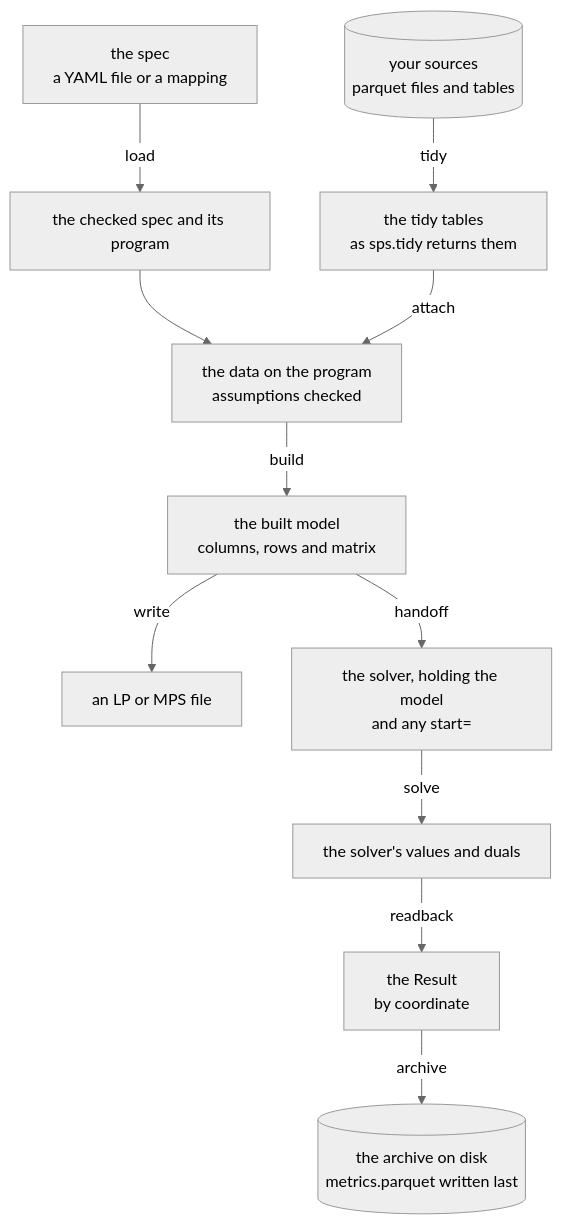
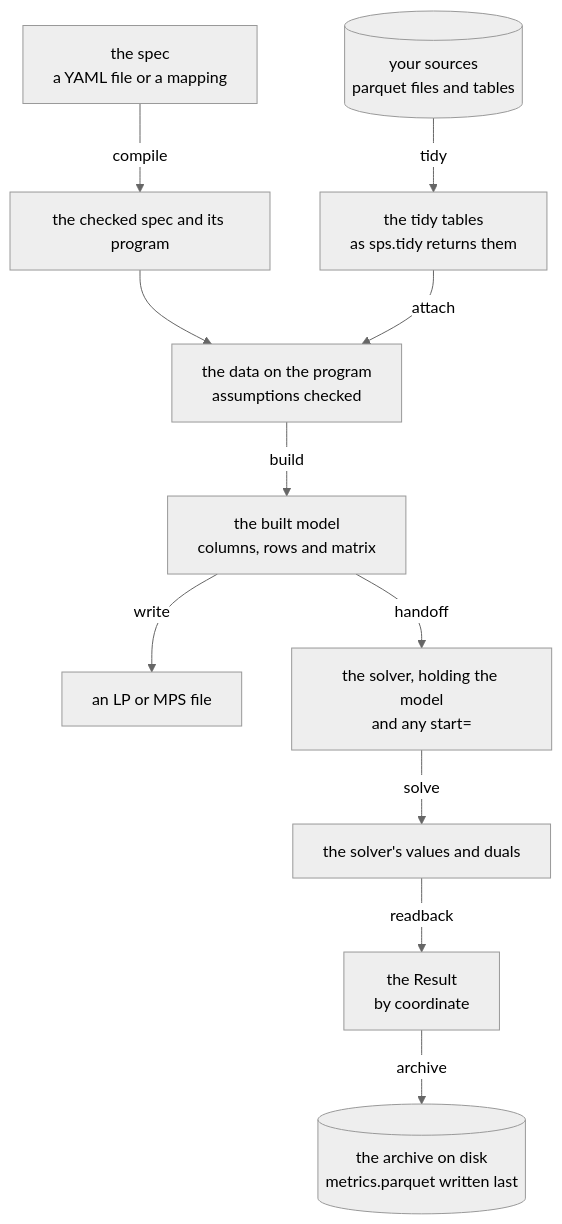
The diagram in docs/howto/timings.md (fluxopt/specsolve), drawn with Mermaid (neutral theme) before and after one commit. The commit also changed other lines of this file and 13 other files, not shown here.

````diff
--- a/docs/howto/timings.md
+++ b/docs/howto/timings.md
@@ -34,13 +34,13 @@
 ```mermaid
 flowchart TB
-    SPEC["the spec<br/>a YAML file or a mapping"] -->|load| PROGRAM["the checked spec and its program"]
+    SPEC["the spec<br/>a YAML file or a mapping"] -->|compile| PROGRAM["the checked spec and its program"]
     DATA[("your sources<br/>parquet files and tables")] -->|tidy| TIDY["the tidy tables<br/>as sps.tidy returns them"]
     PROGRAM --> ATTACHED
     TIDY -->|attach| ATTACHED["the data on the program<br/>assumptions checked"]
     ATTACHED -->|build| BUILT["the built model<br/>columns, rows and matrix"]
     BUILT -->|write| FILE["an LP or MPS file"]
     BUILT -->|handoff| LOADED["the solver, holding the model<br/>and any start="]
     LOADED -->|solve| VALUES["the solver's values and duals"]
     VALUES -->|readback| RESULT["the Result<br/>by coordinate"]
     RESULT -->|archive| ARCHIVE[("the archive on disk<br/>metrics.parquet written last")]
 ```
````
